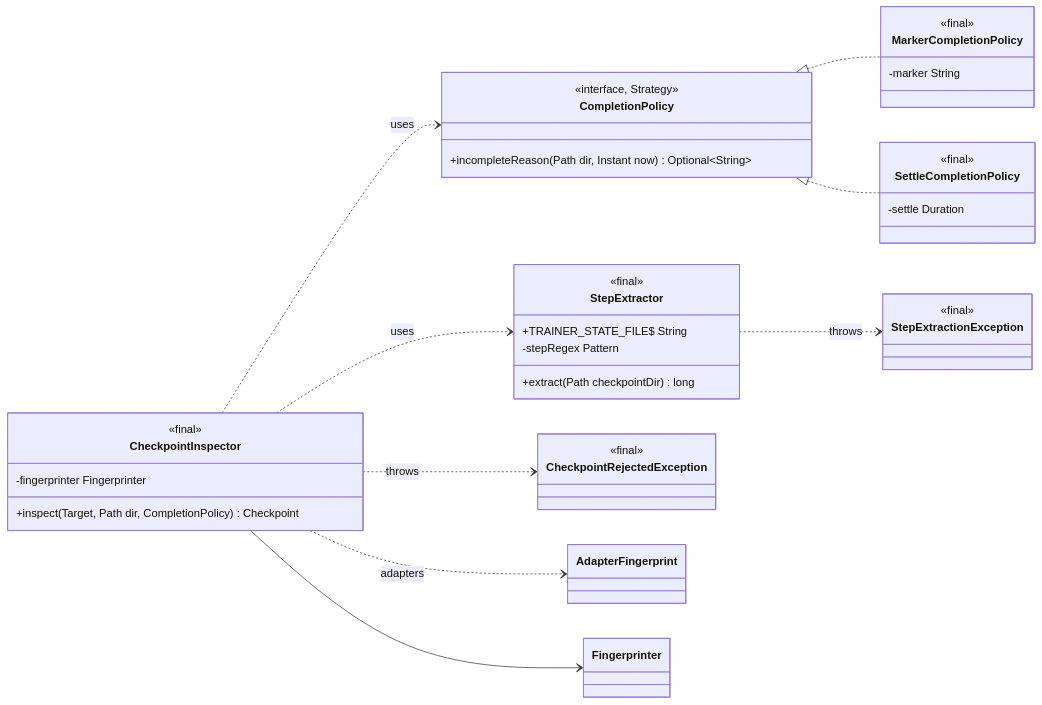
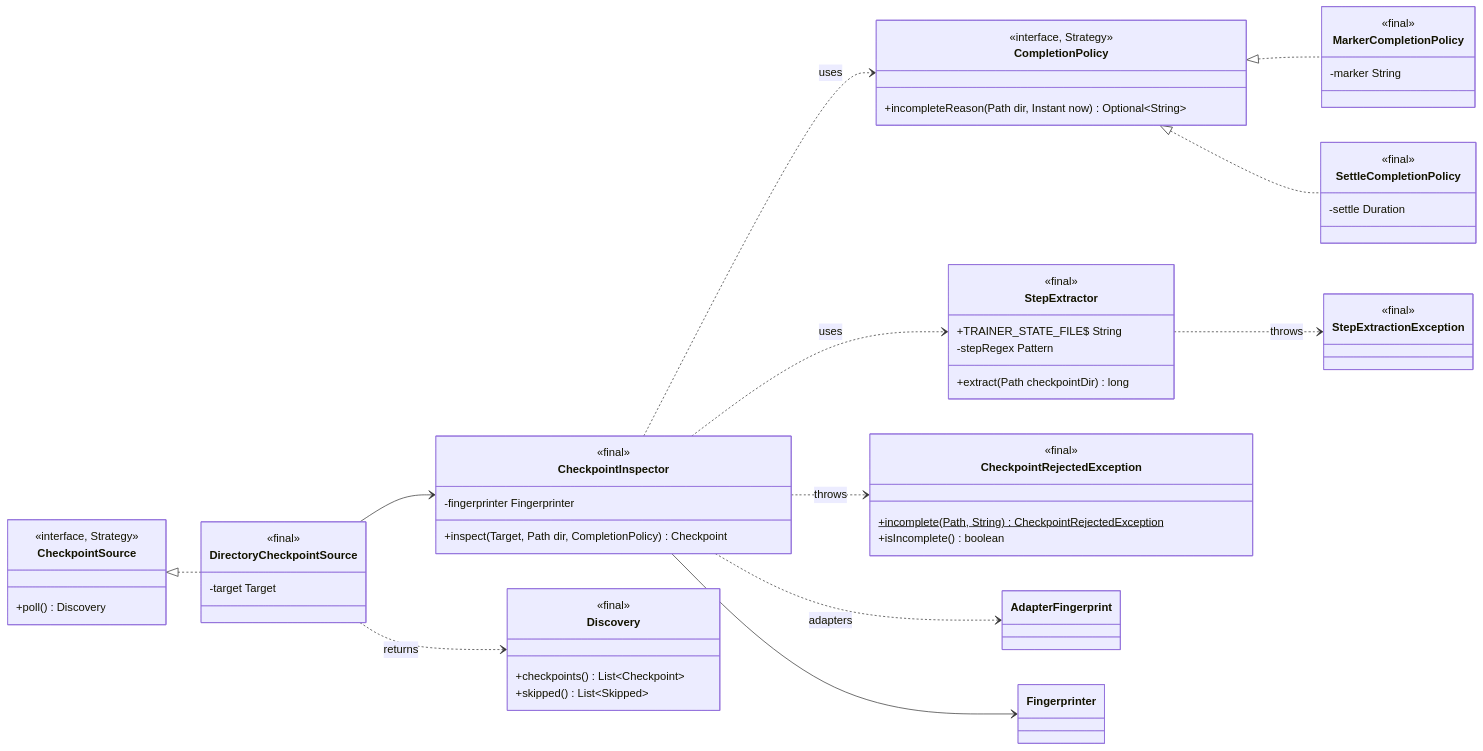
The fifth of 13 diagrams in docs/uml/class-diagram.md (ritikmahy5/draftwatch), drawn with Mermaid before and after one commit. The commit also changed other lines of this file, not shown here.

Commit message:
docs: add M4 class diagrams

````diff
--- a/docs/uml/class-diagram.md
+++ b/docs/uml/class-diagram.md
@@ -539,39 +585,60 @@
 ```mermaid
 classDiagram
   direction LR
 
   class CheckpointInspector {
     <<final>>
     -fingerprinter Fingerprinter
     +inspect(Target, Path dir, CompletionPolicy) Checkpoint
   }
   class CompletionPolicy {
     <<interface, Strategy>>
     +incompleteReason(Path dir, Instant now) Optional~String~
   }
   class MarkerCompletionPolicy {
     <<final>>
     -marker String
   }
   class SettleCompletionPolicy {
     <<final>>
     -settle Duration
   }
   class StepExtractor {
     <<final>>
     +TRAINER_STATE_FILE$ String
     -stepRegex Pattern
     +extract(Path checkpointDir) long
   }
-  class CheckpointRejectedException { <<final>> }
+  class CheckpointRejectedException {
+    <<final>>
+    +incomplete(Path, String)$ CheckpointRejectedException
+    +isIncomplete() boolean
+  }
+  class CheckpointSource {
+    <<interface, Strategy>>
+    +poll() Discovery
+  }
+  class DirectoryCheckpointSource {
+    <<final>>
+    -target Target
+  }
+  class Discovery {
+    <<final>>
+    +checkpoints() List~Checkpoint~
+    +skipped() List~Skipped~
+  }
+
+  CheckpointSource <|.. DirectoryCheckpointSource
+  DirectoryCheckpointSource --> CheckpointInspector
+  DirectoryCheckpointSource ..> Discovery : returns
   class StepExtractionException { <<final>> }
 
   CompletionPolicy <|.. MarkerCompletionPolicy
   CompletionPolicy <|.. SettleCompletionPolicy
   CheckpointInspector ..> CompletionPolicy : uses
   CheckpointInspector ..> AdapterFingerprint : adapters
   CheckpointInspector ..> StepExtractor : uses
   CheckpointInspector --> Fingerprinter
   CheckpointInspector ..> CheckpointRejectedException : throws
   StepExtractor ..> StepExtractionException : throws
 ```
````
